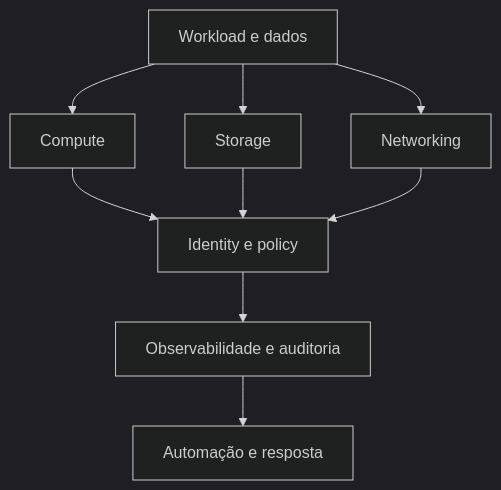
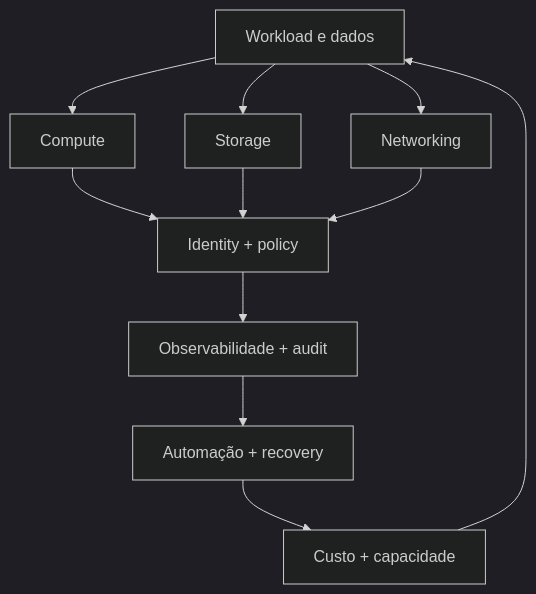
The first of 2 diagrams in cloud/README.md (blasther12/alexandria), drawn with Mermaid (dark theme) before and after one commit. The commit also changed other lines of this file, not shown here.

Commit message:
docs(cloud): deepen failure domains, IAM, elasticity and FinOps

````diff
--- a/cloud/README.md
+++ b/cloud/README.md
@@ -9,11 +14,13 @@
 ```mermaid
 flowchart TB
     WORK[Workload e dados] --> COMP[Compute]
     WORK --> STORE[Storage]
     WORK --> NET[Networking]
-    COMP --> IAM[Identity e policy]
+    COMP --> IAM[Identity + policy]
     STORE --> IAM
     NET --> IAM
-    IAM --> OBS[Observabilidade e auditoria]
-    OBS --> AUTO[Automação e resposta]
+    IAM --> OBS[Observabilidade + audit]
+    OBS --> AUTO[Automação + recovery]
+    AUTO --> COST[Custo + capacidade]
+    COST --> WORK
 ```
````
